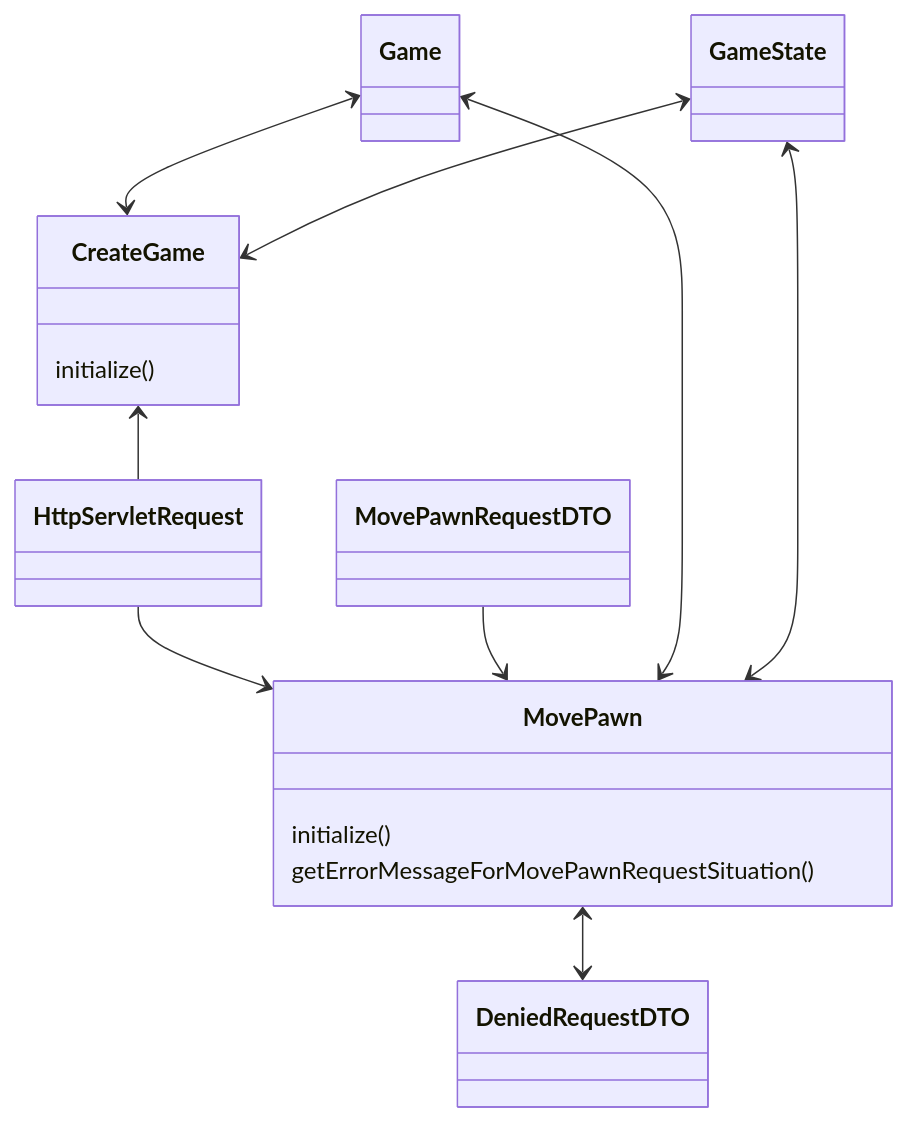
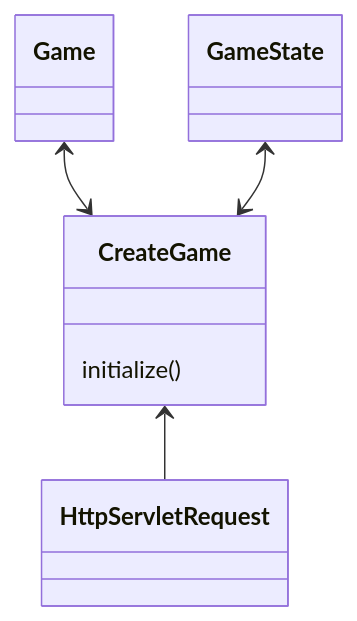
One commit to stijnlinderman/eldorado changed the fifth of 8 diagrams in ARCHITECTURE.md. Above: the diagram before and after it, drawn with Mermaid. The commit also changed other lines of this file, not shown here.

````diff
--- a/ARCHITECTURE.md
+++ b/ARCHITECTURE.md
@@ -65,14 +76,7 @@
 ```mermaid
 classDiagram
 	CreateGame <-- HttpServletRequest
 	Game <--> CreateGame
 	GameState <--> CreateGame
 	CreateGame : initialize()
-	HttpServletRequest --> MovePawn
-	MovePawnRequestDTO --> MovePawn
-	Game <--> MovePawn
-	GameState <--> MovePawn
-	MovePawn <--> DeniedRequestDTO
-	MovePawn : initialize()
-	MovePawn : getErrorMessageForMovePawnRequestSituation()
 ```
````
